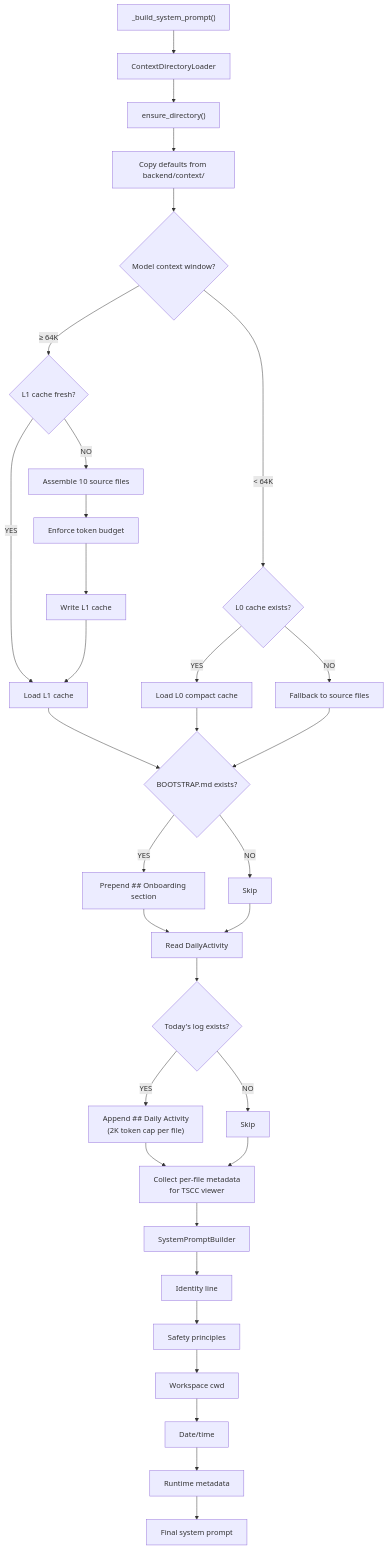
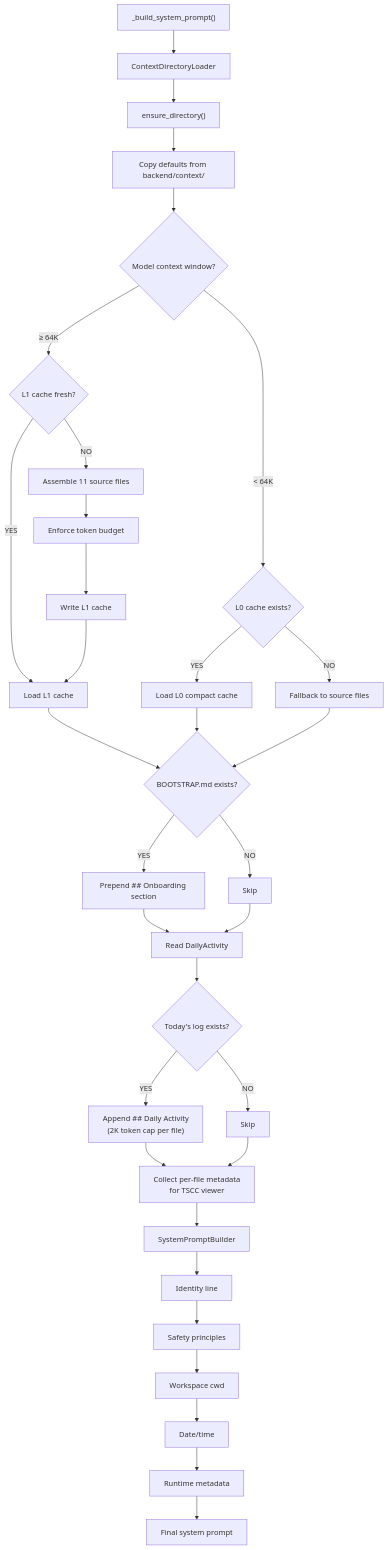
One commit to xg-gh-25/SwarmAI changed the third of 20 diagrams in .kiro/specs/system-specs/FLOWCHARTS.md. Above: the diagram before and after it, drawn with Mermaid. The commit also changed other lines of this file and 15 other files, not shown here.

First line of the commit message:
refactor: SDK error sanitization, 2h session TTL, and architecture doc updates

````diff
--- a/.kiro/specs/system-specs/FLOWCHARTS.md
+++ b/.kiro/specs/system-specs/FLOWCHARTS.md
@@ -97,41 +97,41 @@
 ```mermaid
 flowchart TD
     A["_build_system_prompt()"] --> B[ContextDirectoryLoader]
     B --> B1["ensure_directory()"]
     B1 --> B2["Copy defaults from backend/context/"]
     B2 --> B3{"Model context window?"}
 
     B3 -->|"≥ 64K"| C{L1 cache fresh?}
     C -->|YES| D[Load L1 cache]
-    C -->|NO| E["Assemble 10 source files"]
+    C -->|NO| E["Assemble 11 source files"]
     E --> E1["Enforce token budget"]
     E1 --> E2["Write L1 cache"]
     E2 --> D
 
     B3 -->|"< 64K"| F{L0 cache exists?}
     F -->|YES| G[Load L0 compact cache]
     F -->|NO| H[Fallback to source files]
 
     D --> I{BOOTSTRAP.md exists?}
     G --> I
     H --> I
 
     I -->|YES| J["Prepend ## Onboarding section"]
     I -->|NO| K[Skip]
     J --> L
     K --> L
 
     L["Read DailyActivity"] --> L1{"Today's log exists?"}
     L1 -->|YES| L2["Append ## Daily Activity<br/>(2K token cap per file)"]
     L1 -->|NO| L3[Skip]
     L2 --> M
     L3 --> M
 
     M["Collect per-file metadata<br/>for TSCC viewer"] --> N[SystemPromptBuilder]
     N --> N1["Identity line"]
     N1 --> N2["Safety principles"]
     N2 --> N3["Workspace cwd"]
     N3 --> N4["Date/time"]
     N4 --> N5["Runtime metadata"]
     N5 --> O["Final system prompt"]
 ```
````
